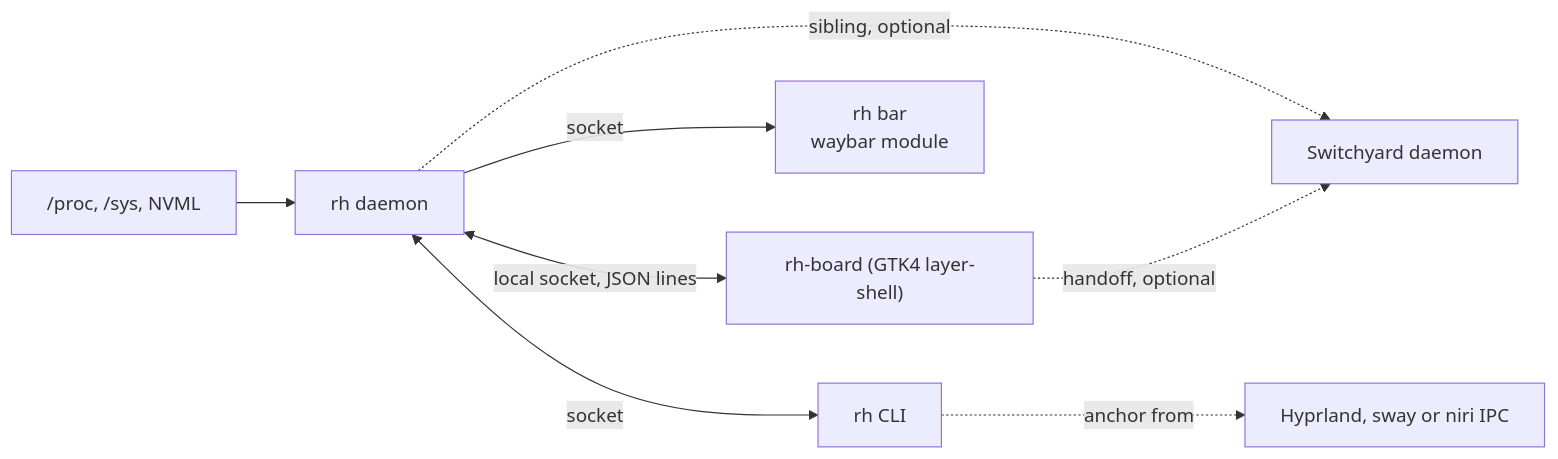
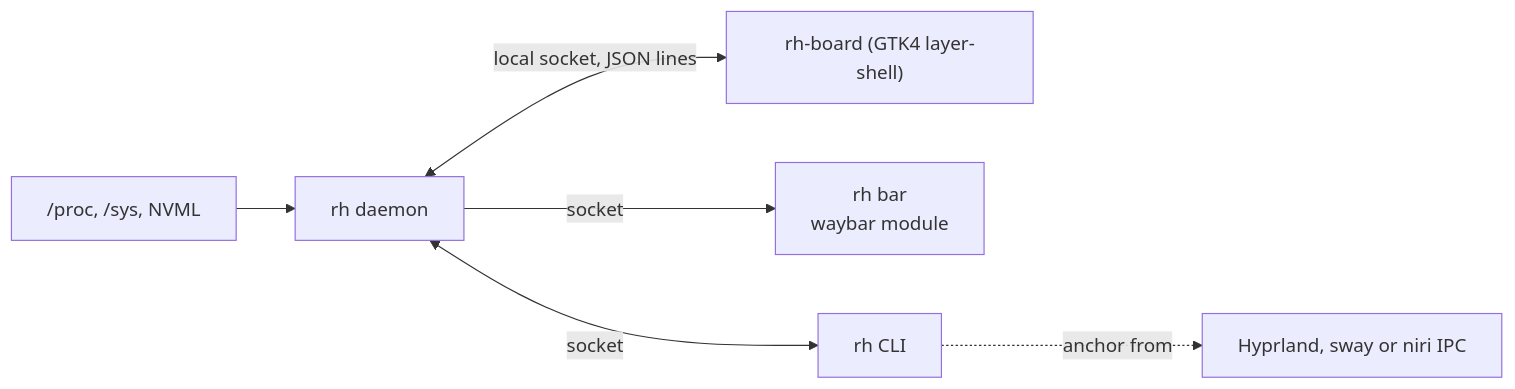
Before and after one commit to NathanielInman/roundhouse: the diagram in docs/design.md, drawn with Mermaid. The commit also changed other lines of this file and 2 other files, not shown here.

````diff
--- a/docs/design.md
+++ b/docs/design.md
@@ -38,10 +36,8 @@
 ```mermaid
 flowchart LR
   K["/proc, /sys, NVML"] --> D["rh daemon"]
   D <-- "local socket, JSON lines" --> B["rh-board (GTK4 layer-shell)"]
   D -- socket --> W["rh bar<br/>waybar module"]
   D <-- socket --> C["rh CLI"]
-  D -. "sibling, optional" .-> Y["Switchyard daemon"]
-  B -. "handoff, optional" .-> Y
   C -. "anchor from" .-> H["Hyprland, sway or niri IPC"]
 ```
````
